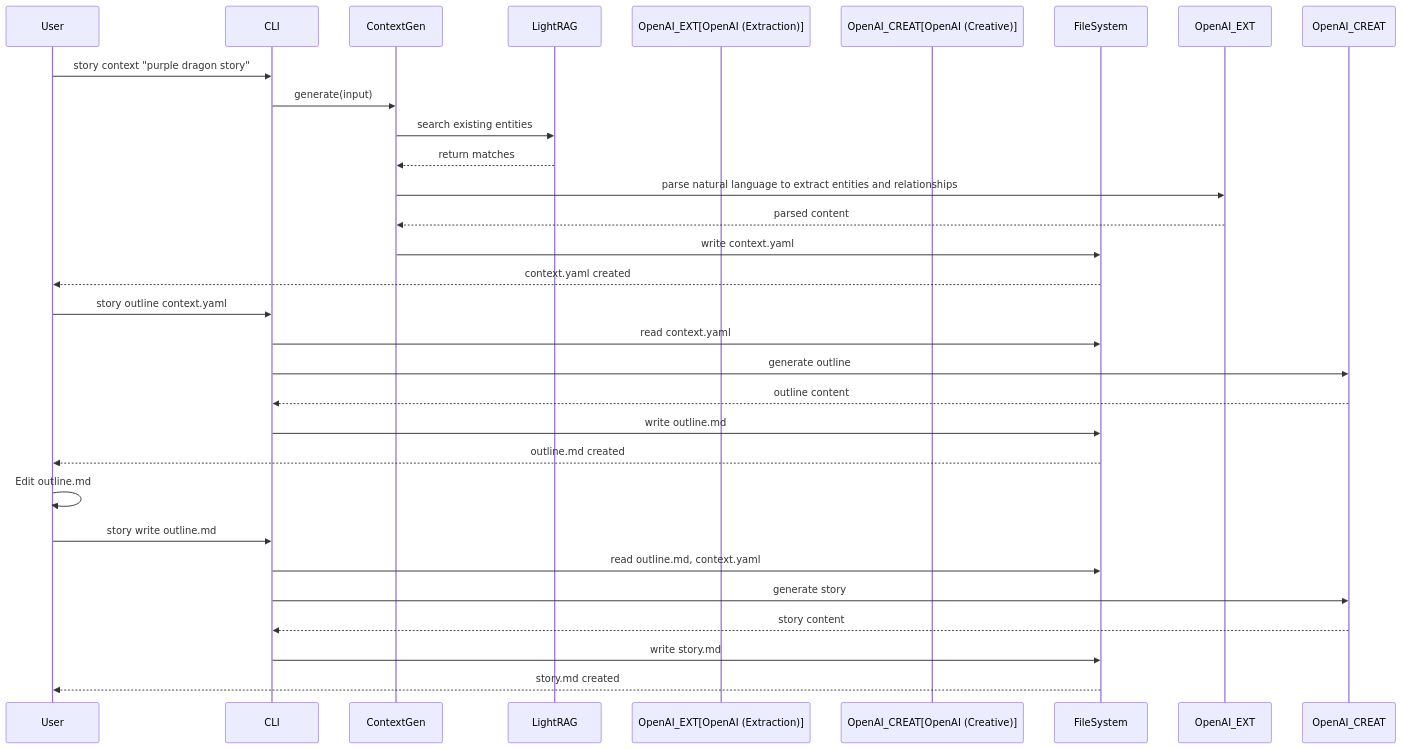
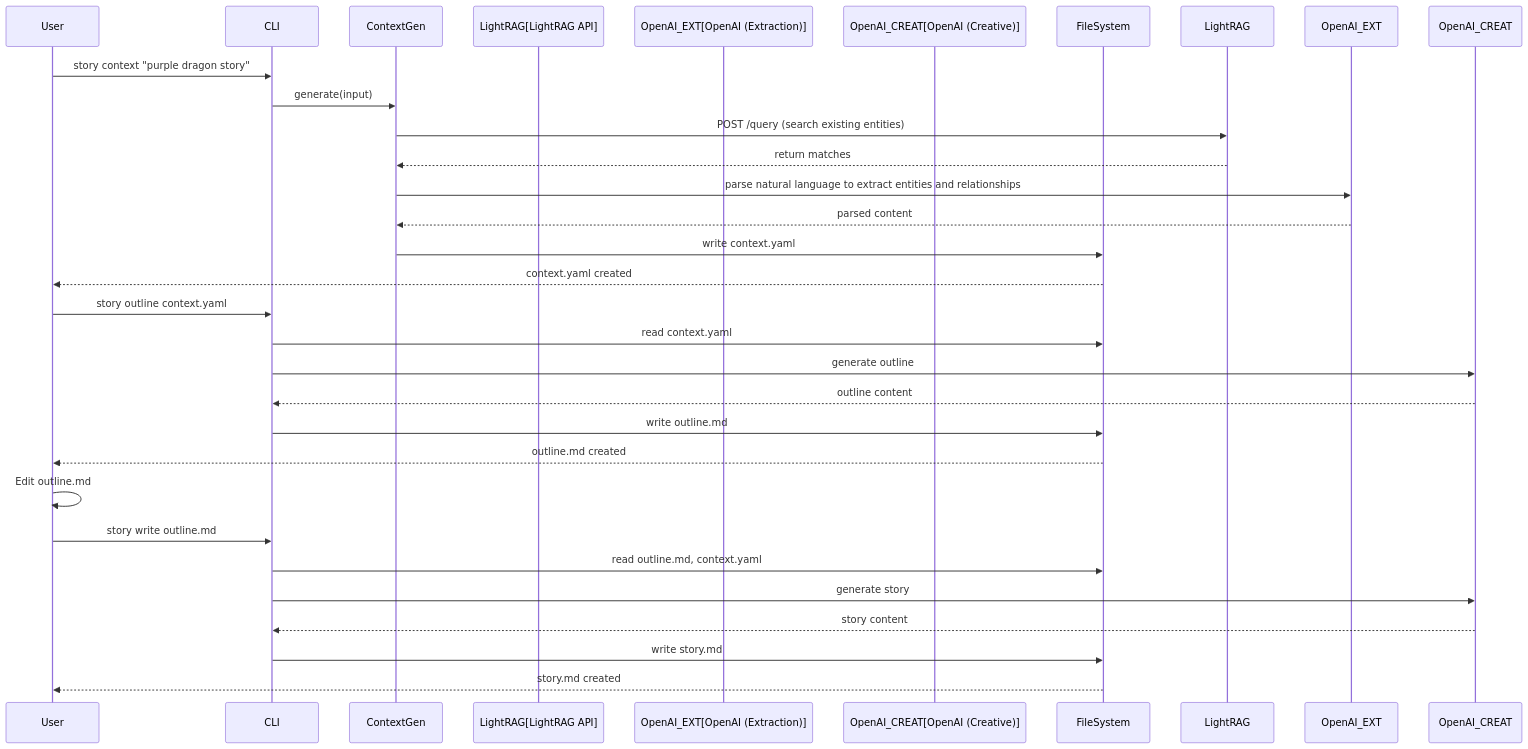
One commit to harms-haus/jestir changed the diagram in docs/architecture/08-core-workflows.md. Above: the diagram before and after it, drawn with Mermaid. The commit also changed 17 other files, not shown here.

First line of the commit message:
Update architecture and PRD documentation to reflect LightRAG API integration

````diff
--- a/docs/architecture/08-core-workflows.md
+++ b/docs/architecture/08-core-workflows.md
@@ -3,35 +3,35 @@
 ```mermaid
 sequenceDiagram
     participant User
     participant CLI
     participant ContextGen
-    participant LightRAG
+    participant LightRAG[LightRAG API]
     participant OpenAI_EXT[OpenAI (Extraction)]
     participant OpenAI_CREAT[OpenAI (Creative)]
     participant FileSystem
 
     User->>CLI: story context "purple dragon story"
     CLI->>ContextGen: generate(input)
-    ContextGen->>LightRAG: search existing entities
+    ContextGen->>LightRAG: POST /query (search existing entities)
     LightRAG-->>ContextGen: return matches
     ContextGen->>OpenAI_EXT: parse natural language to extract entities and relationships
     OpenAI_EXT-->>ContextGen: parsed content
     ContextGen->>FileSystem: write context.yaml
     FileSystem-->>User: context.yaml created
 
     User->>CLI: story outline context.yaml
     CLI->>FileSystem: read context.yaml
     CLI->>OpenAI_CREAT: generate outline
     OpenAI_CREAT-->>CLI: outline content
     CLI->>FileSystem: write outline.md
     FileSystem-->>User: outline.md created
 
     User->>User: Edit outline.md
 
     User->>CLI: story write outline.md
     CLI->>FileSystem: read outline.md, context.yaml
     CLI->>OpenAI_CREAT: generate story
     OpenAI_CREAT-->>CLI: story content
     CLI->>FileSystem: write story.md
     FileSystem-->>User: story.md created
 ```
````
